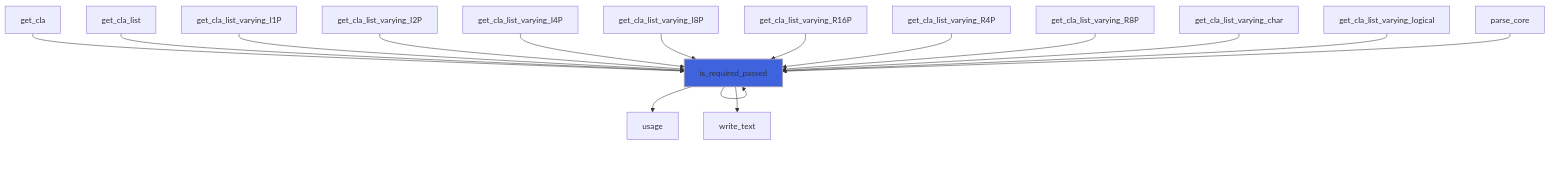
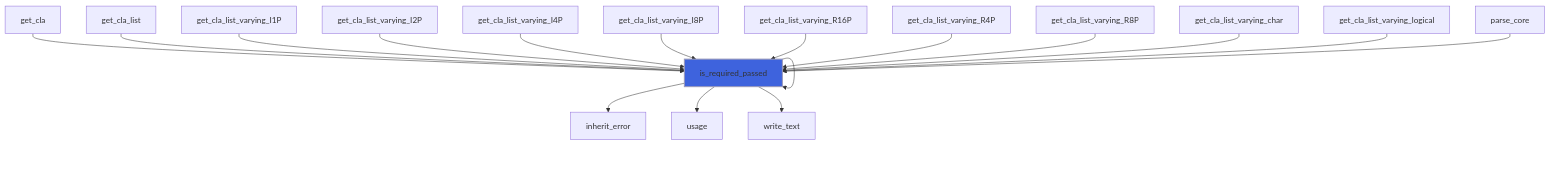
Before and after one commit to szaghi/FLAP: the seventh of 40 diagrams in docs/api/src/lib/flap_command_line_arguments_group_t.md, drawn with Mermaid. The commit also changed other lines of this file and 18 other files, not shown here.

````diff
--- a/docs/api/src/lib/flap_command_line_arguments_group_t.md
+++ b/docs/api/src/lib/flap_command_line_arguments_group_t.md
@@ -323,20 +326,21 @@
 ```mermaid
 flowchart TD
   get_cla["get_cla"] --> is_required_passed["is_required_passed"]
   get_cla_list["get_cla_list"] --> is_required_passed["is_required_passed"]
   get_cla_list_varying_I1P["get_cla_list_varying_I1P"] --> is_required_passed["is_required_passed"]
   get_cla_list_varying_I2P["get_cla_list_varying_I2P"] --> is_required_passed["is_required_passed"]
   get_cla_list_varying_I4P["get_cla_list_varying_I4P"] --> is_required_passed["is_required_passed"]
   get_cla_list_varying_I8P["get_cla_list_varying_I8P"] --> is_required_passed["is_required_passed"]
   get_cla_list_varying_R16P["get_cla_list_varying_R16P"] --> is_required_passed["is_required_passed"]
   get_cla_list_varying_R4P["get_cla_list_varying_R4P"] --> is_required_passed["is_required_passed"]
   get_cla_list_varying_R8P["get_cla_list_varying_R8P"] --> is_required_passed["is_required_passed"]
   get_cla_list_varying_char["get_cla_list_varying_char"] --> is_required_passed["is_required_passed"]
   get_cla_list_varying_logical["get_cla_list_varying_logical"] --> is_required_passed["is_required_passed"]
   is_required_passed["is_required_passed"] --> is_required_passed["is_required_passed"]
   parse_core["parse_core"] --> is_required_passed["is_required_passed"]
+  is_required_passed["is_required_passed"] --> inherit_error["inherit_error"]
   is_required_passed["is_required_passed"] --> is_required_passed["is_required_passed"]
   is_required_passed["is_required_passed"] --> usage["usage"]
   is_required_passed["is_required_passed"] --> write_text["write_text"]
   style is_required_passed fill:#3e63dd,stroke:#99b,stroke-width:2px
 ```
````
